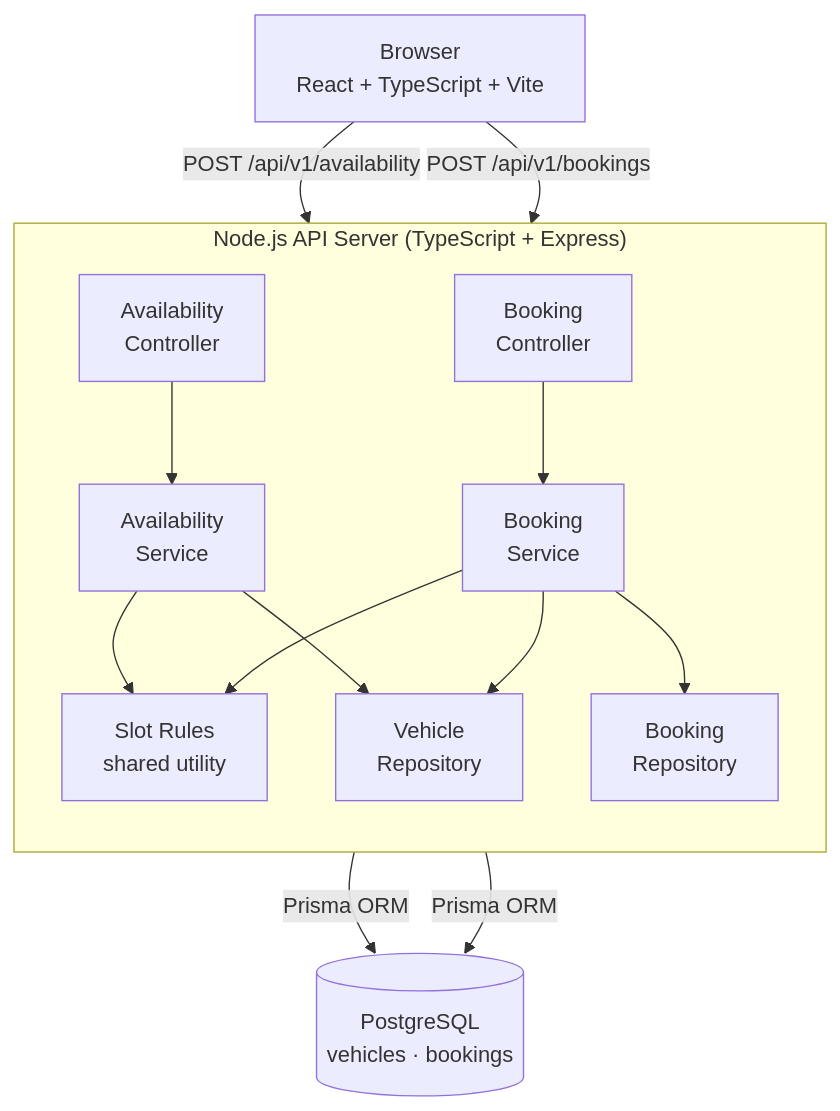
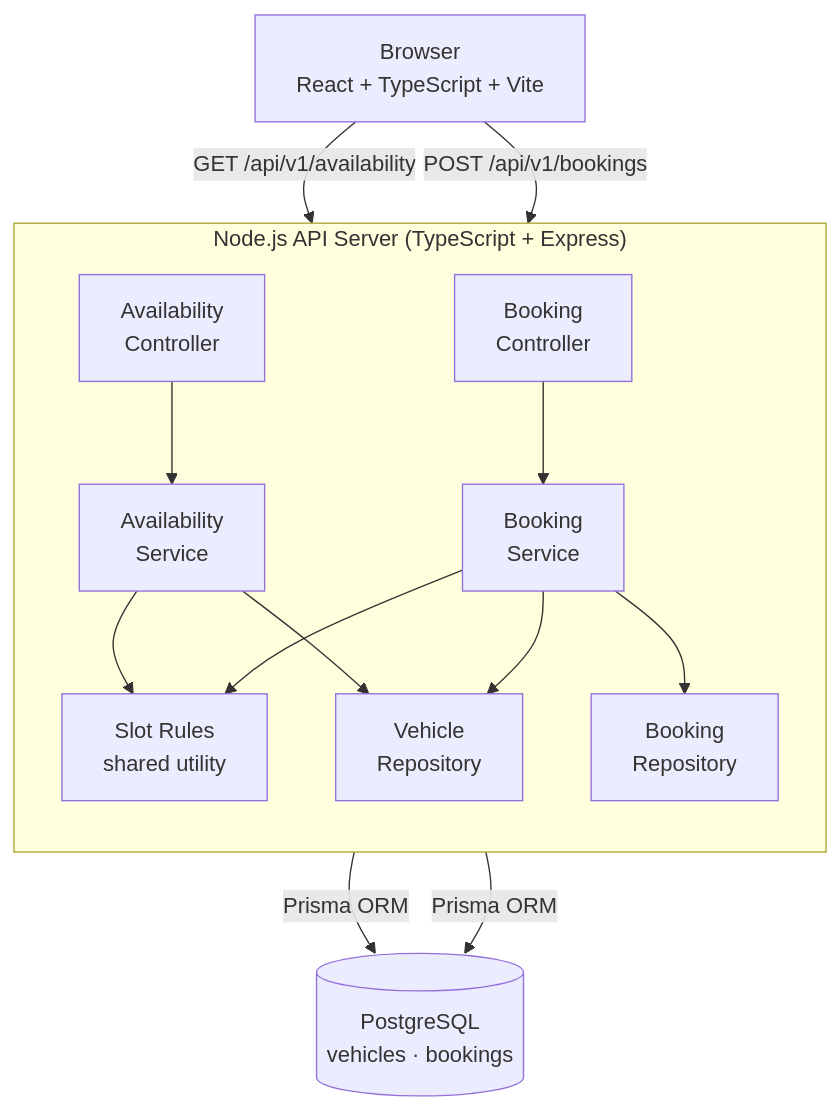
Before and after one commit to PrabhuKathiresan/nevo-test-drive-service: the diagram in docs/hld.md, drawn with Mermaid. The commit also changed other lines of this file and 4 other files, not shown here.

Commit message:
docs: update all docs to reflect GET availability and backend vehicle assignment

````diff
--- a/docs/hld.md
+++ b/docs/hld.md
@@ -11,30 +11,30 @@
 ```mermaid
 graph TB
     Browser["Browser\nReact + TypeScript + Vite"]
 
     subgraph API["Node.js API Server (TypeScript + Express)"]
         direction TB
         AvailCtrl["Availability\nController"]
         BookCtrl["Booking\nController"]
         AvailSvc["Availability\nService"]
         BookSvc["Booking\nService"]
         SlotRules["Slot Rules\nshared utility"]
         VehicleRepo["Vehicle\nRepository"]
         BookingRepo["Booking\nRepository"]
 
         AvailCtrl --> AvailSvc
         BookCtrl --> BookSvc
         AvailSvc --> SlotRules
         BookSvc --> SlotRules
         AvailSvc --> VehicleRepo
         BookSvc --> VehicleRepo
         BookSvc --> BookingRepo
     end
 
     DB[("PostgreSQL\nvehicles · bookings")]
 
-    Browser -->|"POST /api/v1/availability"| AvailCtrl
+    Browser -->|"GET /api/v1/availability"| AvailCtrl
     Browser -->|"POST /api/v1/bookings"| BookCtrl
     VehicleRepo -->|Prisma ORM| DB
     BookingRepo -->|Prisma ORM| DB
 ```
````
